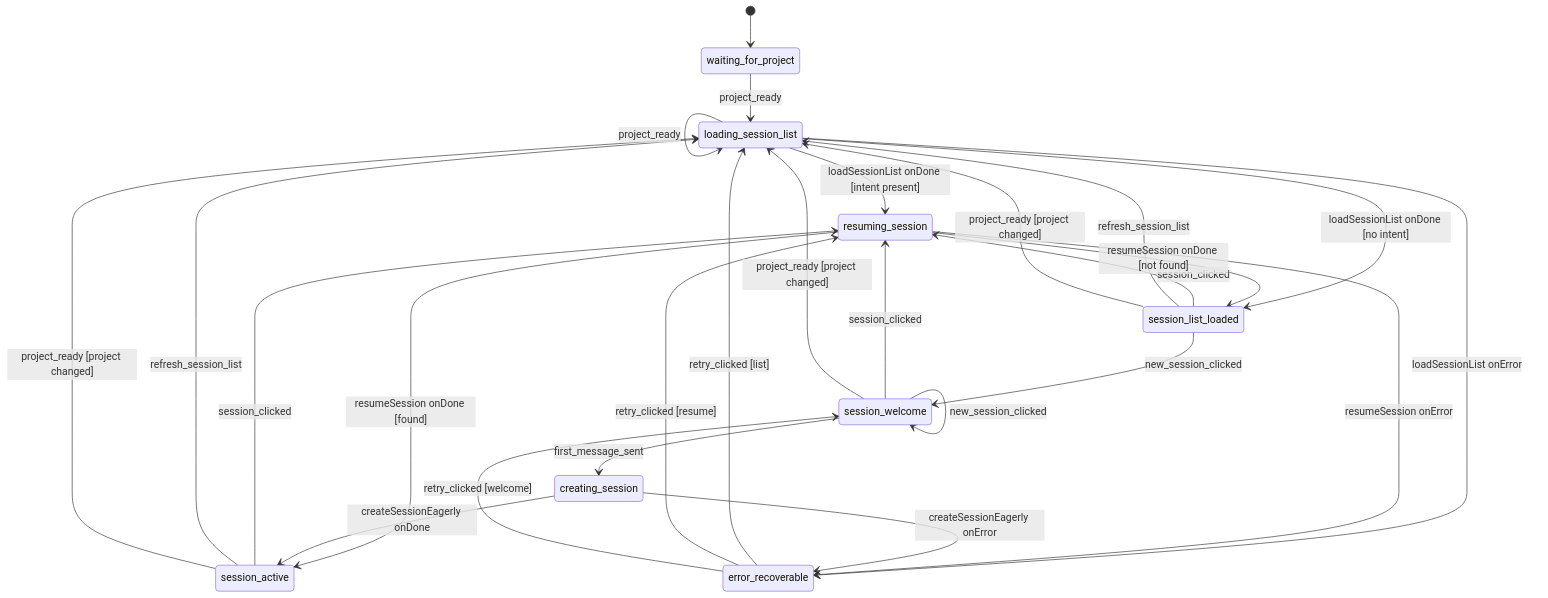
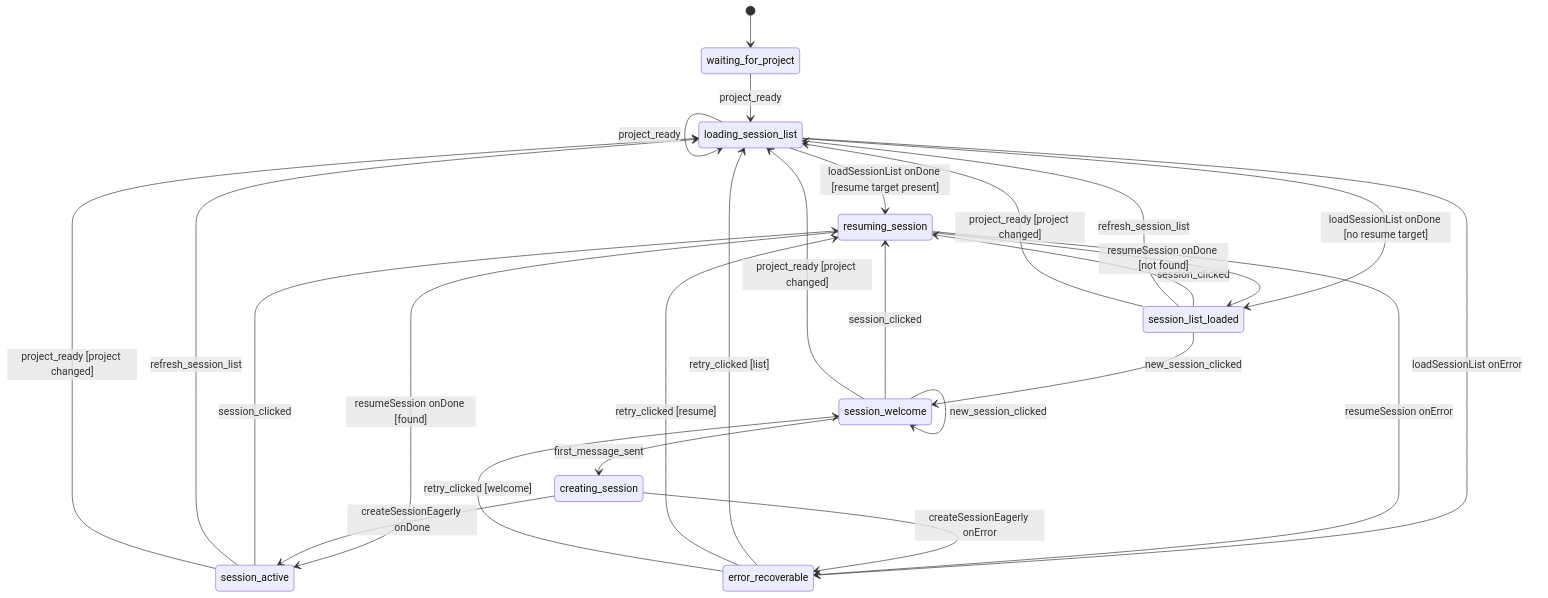
One commit to jzallen/dashboard-chat changed the diagram in ui-state/lib/machines/session-chat/README.md. Above: the diagram before and after it, drawn with Mermaid. The commit also changed other lines of this file and 13 other files, not shown here.

First line of the commit message:
refactor(ui-state): MR-D — split intent_session_id into deeplink + pending_resume

````diff
--- a/ui-state/lib/machines/session-chat/README.md
+++ b/ui-state/lib/machines/session-chat/README.md
@@ -17,44 +17,44 @@
 ```mermaid
 stateDiagram-v2
   %% The retry table in error_recoverable consults `last_live_state`
   %% to know which actor to re-invoke. Three branches: list, resume,
   %% welcome. Each branch preserves the relevant pending-input context.
   %%
   %% project_ready can re-fire when the user switches projects.
   %% The cross-project guard clears session/transcript/resource
   %% before re-entering loading_session_list.
 
   [*] --> waiting_for_project
 
   waiting_for_project --> loading_session_list: project_ready
 
   loading_session_list --> loading_session_list: project_ready
-  loading_session_list --> resuming_session: loadSessionList onDone [intent present]
-  loading_session_list --> session_list_loaded: loadSessionList onDone [no intent]
+  loading_session_list --> resuming_session: loadSessionList onDone [resume target present]
+  loading_session_list --> session_list_loaded: loadSessionList onDone [no resume target]
   loading_session_list --> error_recoverable: loadSessionList onError
 
   session_list_loaded --> resuming_session: session_clicked
   session_list_loaded --> session_welcome: new_session_clicked
   session_list_loaded --> loading_session_list: refresh_session_list
   session_list_loaded --> loading_session_list: project_ready [project changed]
 
   resuming_session --> session_active: resumeSession onDone [found]
   resuming_session --> session_list_loaded: resumeSession onDone [not found]
   resuming_session --> error_recoverable: resumeSession onError
 
   session_active --> resuming_session: session_clicked
   session_active --> loading_session_list: refresh_session_list
   session_active --> loading_session_list: project_ready [project changed]
 
   session_welcome --> session_welcome: new_session_clicked
   session_welcome --> resuming_session: session_clicked
   session_welcome --> creating_session: first_message_sent
   session_welcome --> loading_session_list: project_ready [project changed]
 
   creating_session --> session_active: createSessionEagerly onDone
   creating_session --> error_recoverable: createSessionEagerly onError
 
   error_recoverable --> loading_session_list: retry_clicked [list]
   error_recoverable --> resuming_session: retry_clicked [resume]
   error_recoverable --> session_welcome: retry_clicked [welcome]
 ```
````
